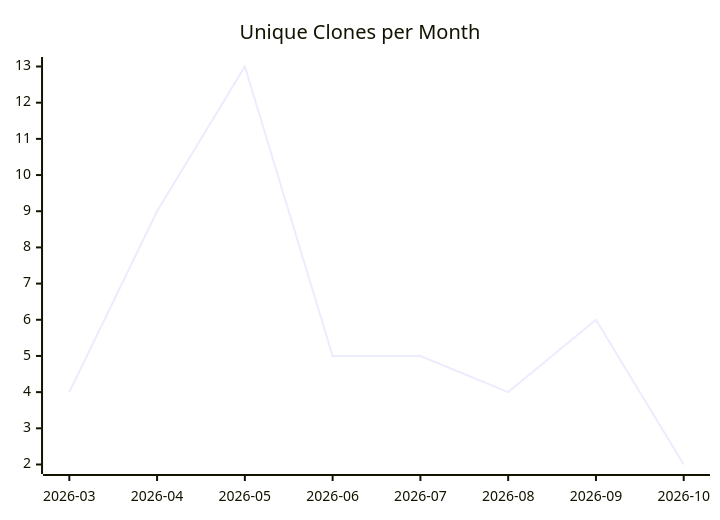
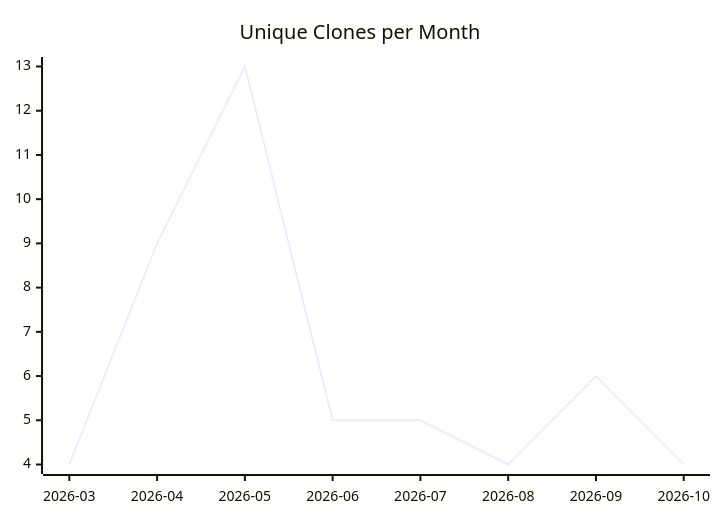
One commit to justdavis-family/github-analytics-data changed the third of 3 diagrams in karlmdavis/justdavis-puppet/README.md. Above: the diagram before and after it, drawn with Mermaid. The commit also changed other lines of this file and 198 other files, not shown here.

````diff
--- a/karlmdavis/justdavis-puppet/README.md
+++ b/karlmdavis/justdavis-puppet/README.md
@@ -19,6 +19,6 @@
 ```mermaid
 xychart-beta
   title "Unique Clones per Month"
   x-axis ["2026-03", "2026-04", "2026-05", "2026-06", "2026-07", "2026-08", "2026-09", "2026-10"]
-  line [4, 9, 13, 5, 5, 4, 6, 2]
+  line [4, 9, 13, 5, 5, 4, 6, 4]
 ```
````
